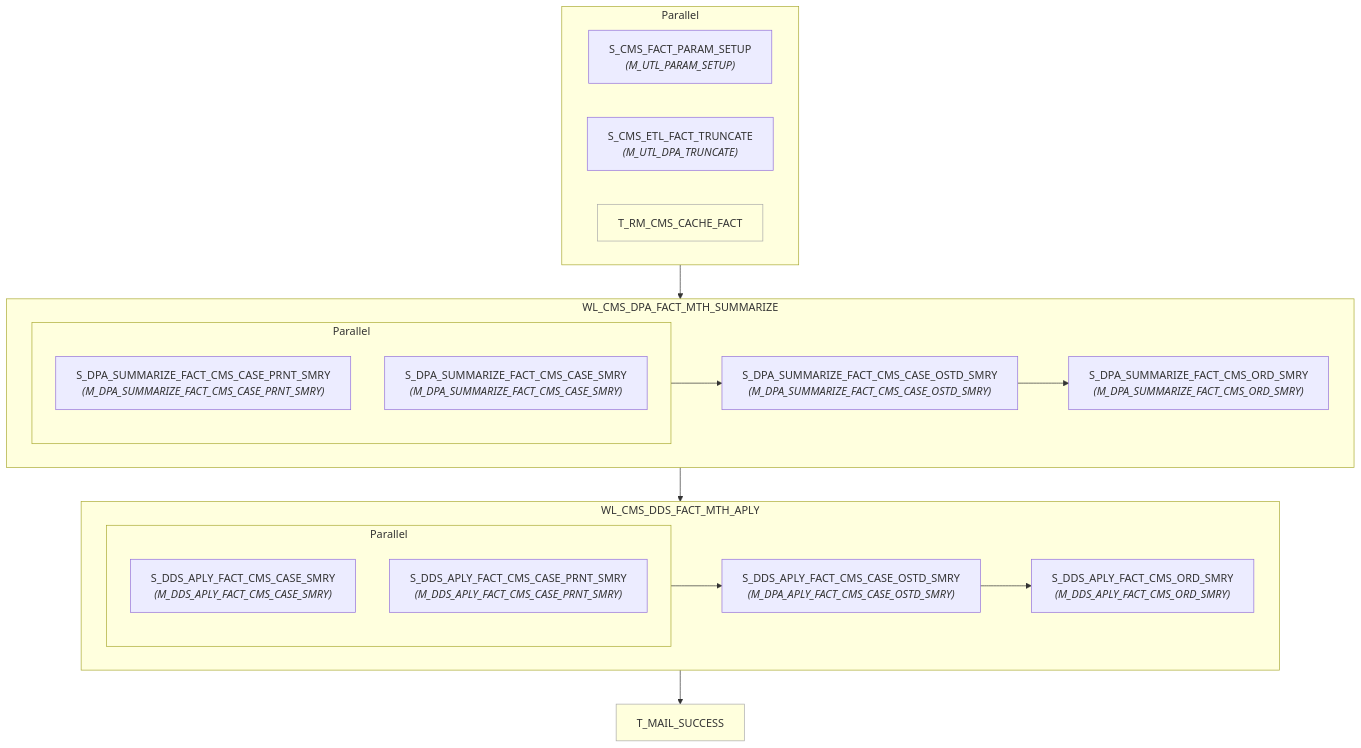
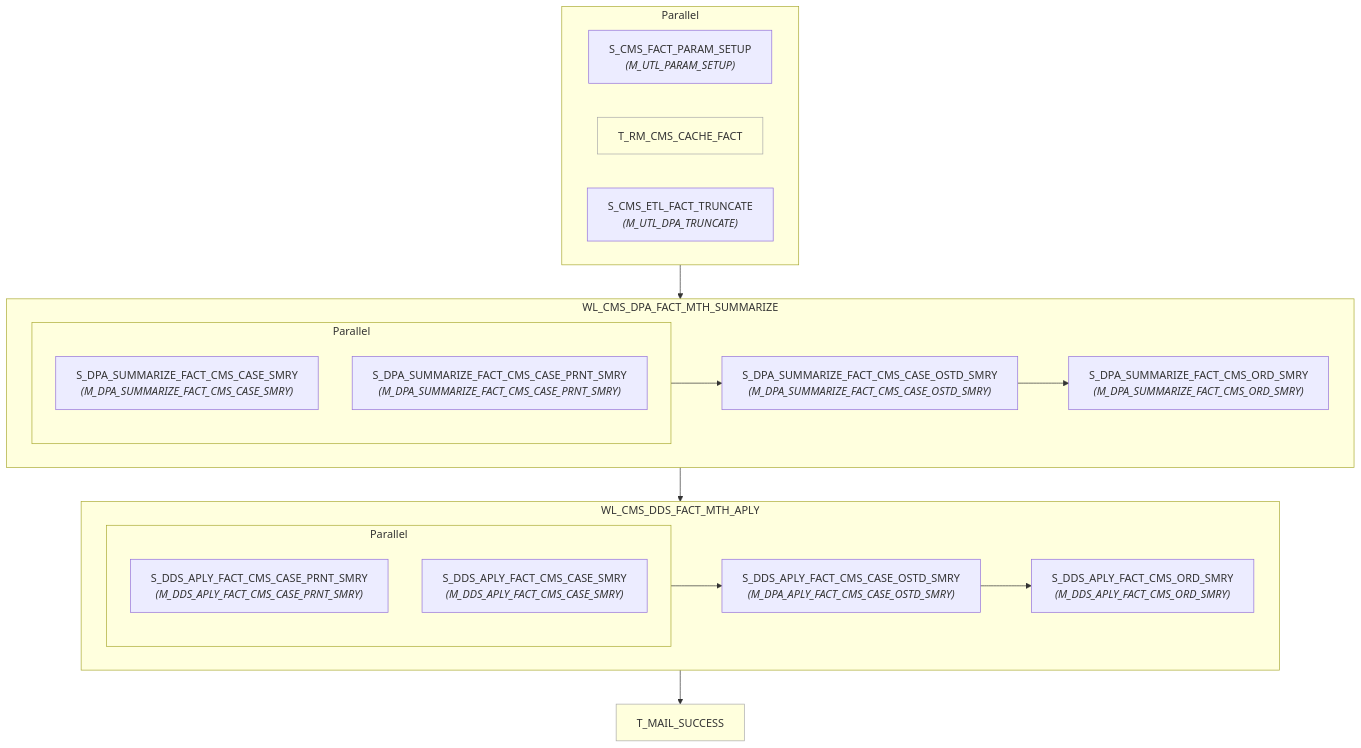
The diagram in informatica/PySpark_workflows/dds/WF_CMS_DDS_APLY_MTH/wf_cms_dds_aply_mth.md (asl-adamxu/informatica-sparker-poc), drawn with Mermaid before and after one commit. The commit also changed 159 other files, not shown here.

Commit message:
fix all mapping in WF_EMS_PRHE_DDS_APLY_RVN_MTH

````diff
--- a/informatica/PySpark_workflows/dds/WF_CMS_DDS_APLY_MTH/wf_cms_dds_aply_mth.md
+++ b/informatica/PySpark_workflows/dds/WF_CMS_DDS_APLY_MTH/wf_cms_dds_aply_mth.md
@@ -7,41 +7,41 @@
 ```mermaid
 flowchart TD
     n1["S_CMS_FACT_PARAM_SETUP<br/><i>(M_UTL_PARAM_SETUP)</i>"]
-    n2["S_CMS_ETL_FACT_TRUNCATE<br/><i>(M_UTL_DPA_TRUNCATE)</i>"]
-    n3["T_RM_CMS_CACHE_FACT"]
-    style n3 fill:#ffd,stroke:#aaa,stroke-width:1px
+    n2["T_RM_CMS_CACHE_FACT"]
+    style n2 fill:#ffd,stroke:#aaa,stroke-width:1px
+    n3["S_CMS_ETL_FACT_TRUNCATE<br/><i>(M_UTL_DPA_TRUNCATE)</i>"]
     subgraph pg4[Parallel]
         n1
         n2
         n3
     end
     subgraph wkl5["WL_CMS_DPA_FACT_MTH_SUMMARIZE"]
-    n6["S_DPA_SUMMARIZE_FACT_CMS_CASE_PRNT_SMRY<br/><i>(M_DPA_SUMMARIZE_FACT_CMS_CASE_PRNT_SMRY)</i>"]
-    n7["S_DPA_SUMMARIZE_FACT_CMS_CASE_SMRY<br/><i>(M_DPA_SUMMARIZE_FACT_CMS_CASE_SMRY)</i>"]
+    n6["S_DPA_SUMMARIZE_FACT_CMS_CASE_SMRY<br/><i>(M_DPA_SUMMARIZE_FACT_CMS_CASE_SMRY)</i>"]
+    n7["S_DPA_SUMMARIZE_FACT_CMS_CASE_PRNT_SMRY<br/><i>(M_DPA_SUMMARIZE_FACT_CMS_CASE_PRNT_SMRY)</i>"]
     subgraph pg8[Parallel]
         n6
         n7
     end
     n9["S_DPA_SUMMARIZE_FACT_CMS_CASE_OSTD_SMRY<br/><i>(M_DPA_SUMMARIZE_FACT_CMS_CASE_OSTD_SMRY)</i>"]
     n10["S_DPA_SUMMARIZE_FACT_CMS_ORD_SMRY<br/><i>(M_DPA_SUMMARIZE_FACT_CMS_ORD_SMRY)</i>"]
         pg8 --> n9
         n9 --> n10
     end
     subgraph wkl11["WL_CMS_DDS_FACT_MTH_APLY"]
-    n12["S_DDS_APLY_FACT_CMS_CASE_SMRY<br/><i>(M_DDS_APLY_FACT_CMS_CASE_SMRY)</i>"]
-    n13["S_DDS_APLY_FACT_CMS_CASE_PRNT_SMRY<br/><i>(M_DDS_APLY_FACT_CMS_CASE_PRNT_SMRY)</i>"]
+    n12["S_DDS_APLY_FACT_CMS_CASE_PRNT_SMRY<br/><i>(M_DDS_APLY_FACT_CMS_CASE_PRNT_SMRY)</i>"]
+    n13["S_DDS_APLY_FACT_CMS_CASE_SMRY<br/><i>(M_DDS_APLY_FACT_CMS_CASE_SMRY)</i>"]
     subgraph pg14[Parallel]
         n12
         n13
     end
     n15["S_DDS_APLY_FACT_CMS_CASE_OSTD_SMRY<br/><i>(M_DPA_APLY_FACT_CMS_CASE_OSTD_SMRY)</i>"]
     n16["S_DDS_APLY_FACT_CMS_ORD_SMRY<br/><i>(M_DDS_APLY_FACT_CMS_ORD_SMRY)</i>"]
         pg14 --> n15
         n15 --> n16
     end
     n17["T_MAIL_SUCCESS"]
     style n17 fill:#ffd,stroke:#aaa,stroke-width:1px
     pg4 --> wkl5
     wkl5 --> wkl11
     wkl11 --> n17
 ```
````
